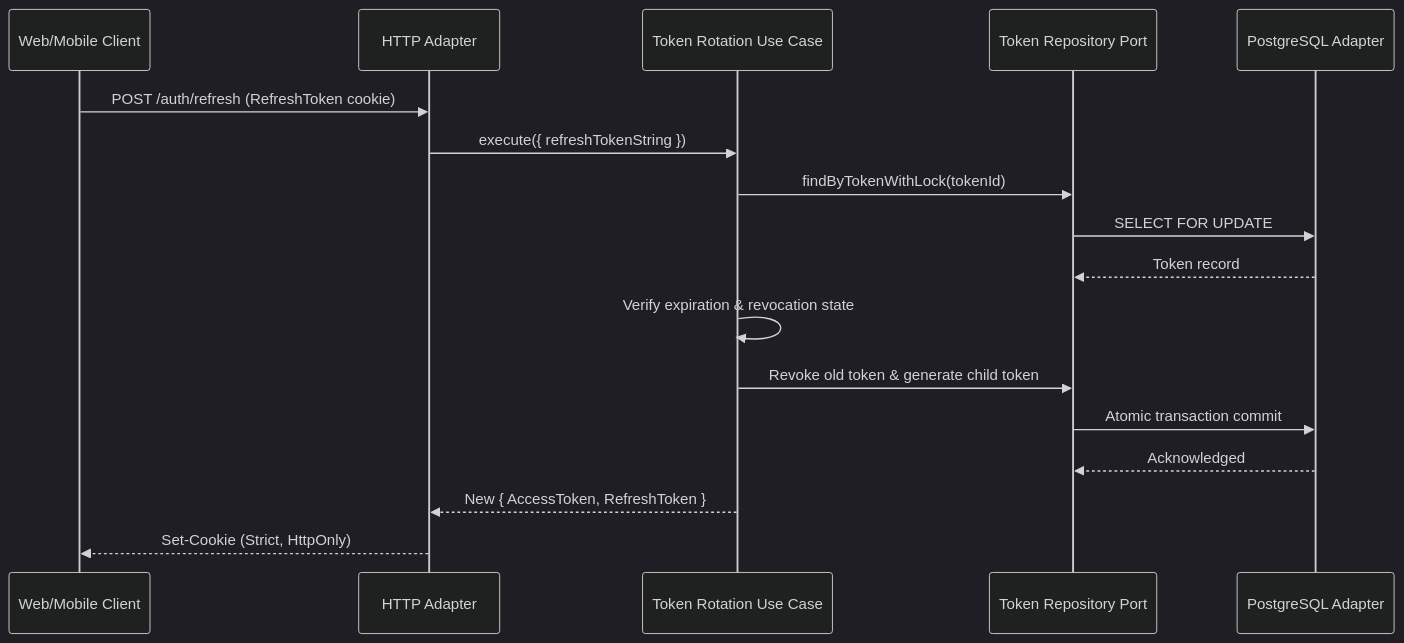
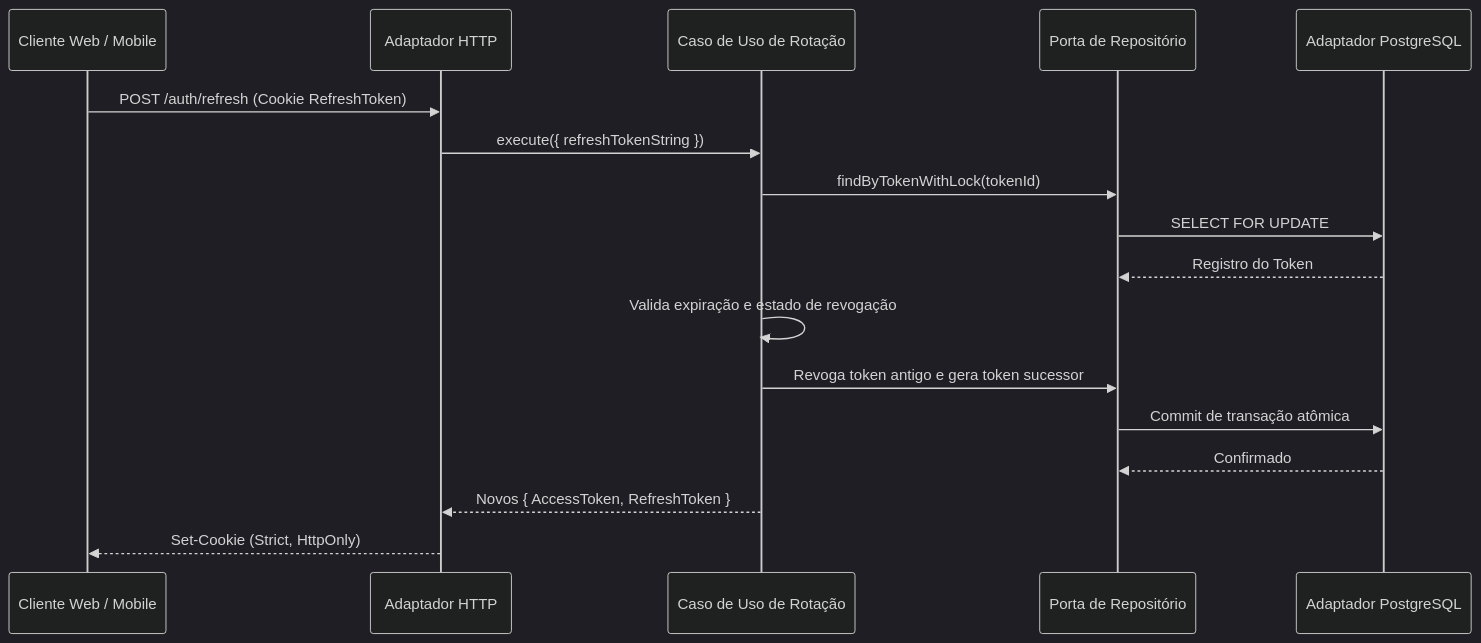
Before and after one commit to Fcsscoder/case-studies: the second of 2 diagrams in backend-and-distributed-systems/hexagonal-auth-service/README.md, drawn with Mermaid (dark theme). The commit also changed other lines of this file and 21 other files, not shown here.

````diff
--- a/backend-and-distributed-systems/hexagonal-auth-service/README.md
+++ b/backend-and-distributed-systems/hexagonal-auth-service/README.md
@@ -53,20 +53,20 @@
 ```mermaid
 sequenceDiagram
-    participant Client as Web/Mobile Client
-    participant Controller as HTTP Adapter
-    participant UseCase as Token Rotation Use Case
-    participant Repo as Token Repository Port
-    participant PG as PostgreSQL Adapter
+    participant Client as Cliente Web / Mobile
+    participant Controller as Adaptador HTTP
+    participant UseCase as Caso de Uso de Rotação
+    participant Repo as Porta de Repositório
+    participant PG as Adaptador PostgreSQL
 
-    Client->>Controller: POST /auth/refresh (RefreshToken cookie)
+    Client->>Controller: POST /auth/refresh (Cookie RefreshToken)
     Controller->>UseCase: execute({ refreshTokenString })
     UseCase->>Repo: findByTokenWithLock(tokenId)
     Repo->>PG: SELECT FOR UPDATE
-    PG-->>Repo: Token record
-    UseCase->>UseCase: Verify expiration & revocation state
-    UseCase->>Repo: Revoke old token & generate child token
-    Repo->>PG: Atomic transaction commit
-    PG-->>Repo: Acknowledged
-    UseCase-->>Controller: New { AccessToken, RefreshToken }
+    PG-->>Repo: Registro do Token
+    UseCase->>UseCase: Valida expiração e estado de revogação
+    UseCase->>Repo: Revoga token antigo e gera token sucessor
+    Repo->>PG: Commit de transação atômica
+    PG-->>Repo: Confirmado
+    UseCase-->>Controller: Novos { AccessToken, RefreshToken }
     Controller-->>Client: Set-Cookie (Strict, HttpOnly)
 ```
````
